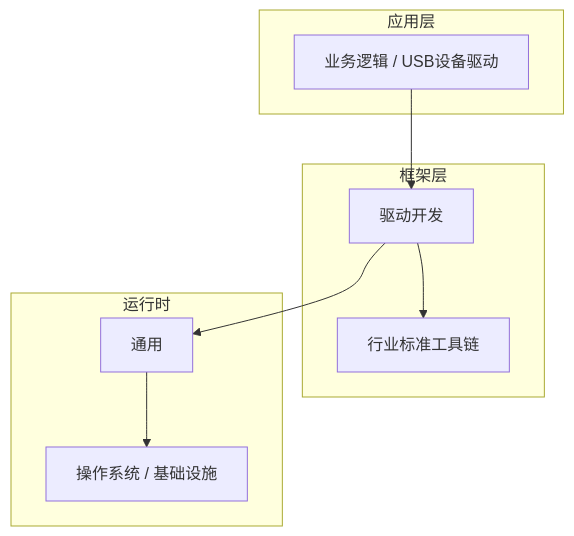
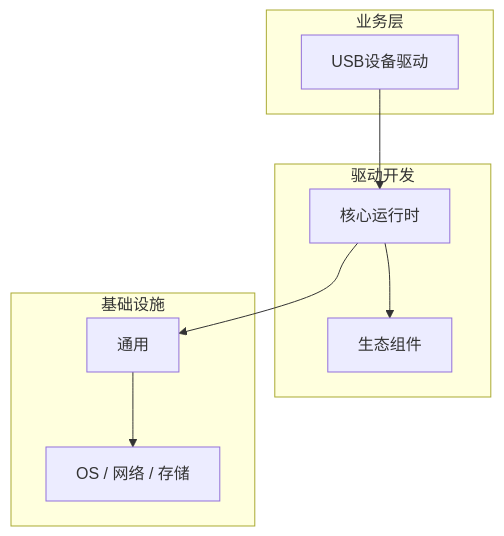
Before and after one commit to yanggan2015/knowledge-json-v2: the diagram in articles/驱动开发/chapters/061-USB设备驱动核心概念与原理.md, drawn with Mermaid. The commit also changed other lines of this file and 10127 other files, not shown here.

````diff
--- a/articles/驱动开发/chapters/061-USB设备驱动核心概念与原理.md
+++ b/articles/驱动开发/chapters/061-USB设备驱动核心概念与原理.md
@@ -45,18 +34,18 @@
 ```mermaid
 graph TB
-    subgraph 应用层
-        A[业务逻辑 / USB设备驱动]
+    subgraph 业务层
+        A[USB设备驱动]
     end
-    subgraph 框架层
-        B[驱动开发]
-        C[行业标准工具链]
+    subgraph 驱动开发
+        B[核心运行时]
+        C[生态组件]
     end
-    subgraph 运行时
+    subgraph 基础设施
         D[通用]
-        E[操作系统 / 基础设施]
+        E[OS / 网络 / 存储]
     end
     A --> B
     B --> C
     B --> D
     D --> E
 ```
````
